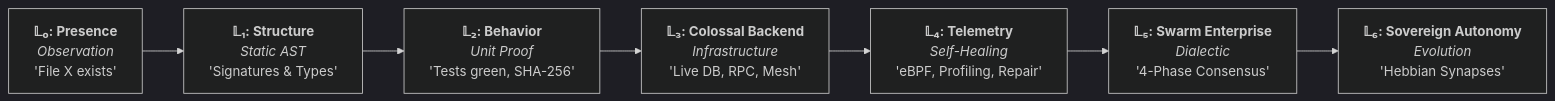
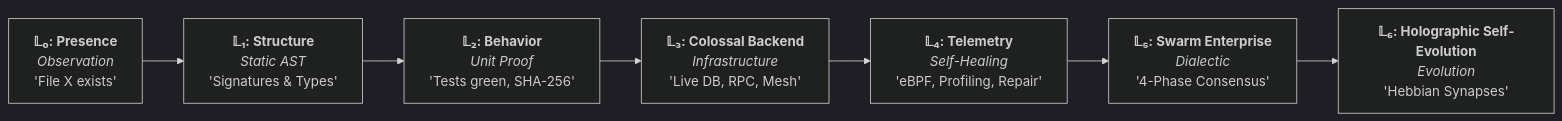
The first of 3 diagrams in AGENTS.md (GlacierEQ/apex-core), drawn with Mermaid (dark theme) before and after one commit. The commit also changed other lines of this file, not shown here.

````diff
--- a/AGENTS.md
+++ b/AGENTS.md
@@ -61,12 +61,12 @@
 ```mermaid
 graph LR
     L0["<b>𝕃₀: Presence</b><br/><i>Observation</i><br/>'File X exists'"]
     L1["<b>𝕃₁: Structure</b><br/><i>Static AST</i><br/>'Signatures & Types'"]
     L2["<b>𝕃₂: Behavior</b><br/><i>Unit Proof</i><br/>'Tests green, SHA-256'"]
     L3["<b>𝕃₃: Colossal Backend</b><br/><i>Infrastructure</i><br/>'Live DB, RPC, Mesh'"]
     L4["<b>𝕃₄: Telemetry</b><br/><i>Self-Healing</i><br/>'eBPF, Profiling, Repair'"]
     L5["<b>𝕃₅: Swarm Enterprise</b><br/><i>Dialectic</i><br/>'4-Phase Consensus'"]
-    L6["<b>𝕃₆: Sovereign Autonomy</b><br/><i>Evolution</i><br/>'Hebbian Synapses'"]
+    L6["<b>𝕃₆: Holographic Self-Evolution</b><br/><i>Evolution</i><br/>'Hebbian Synapses'"]
 
     L0 --> L1 --> L2 --> L3 --> L4 --> L5 --> L6
 ```
````
